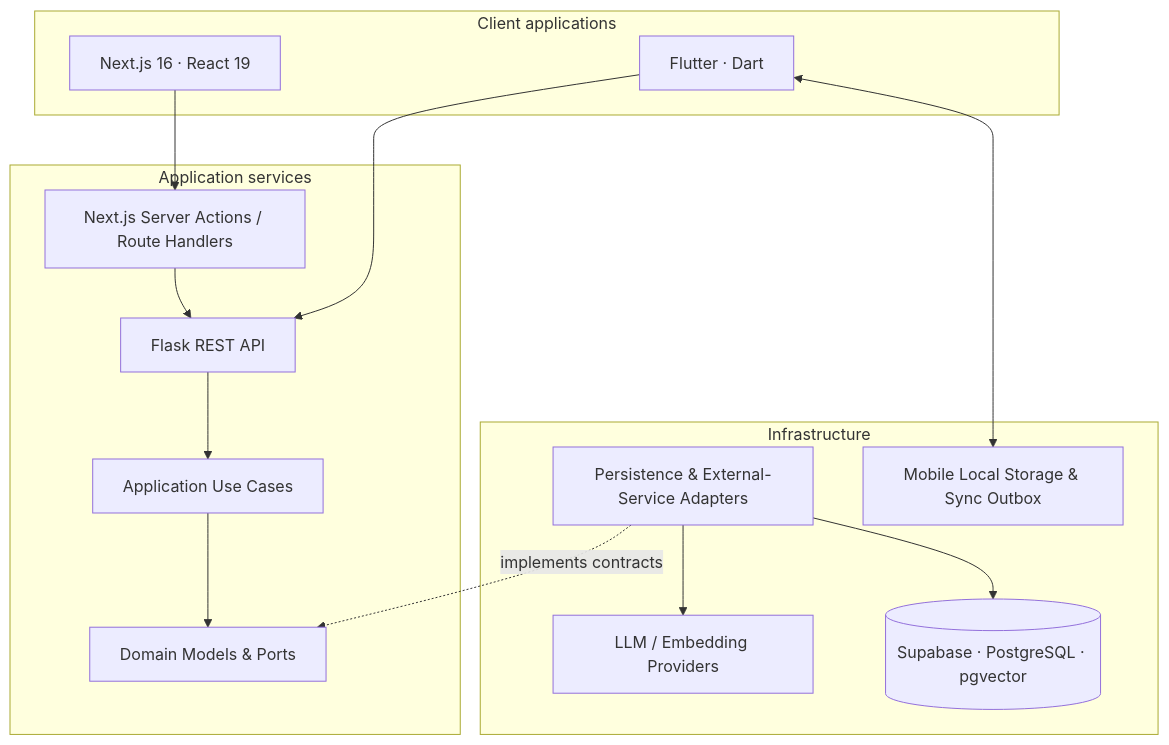
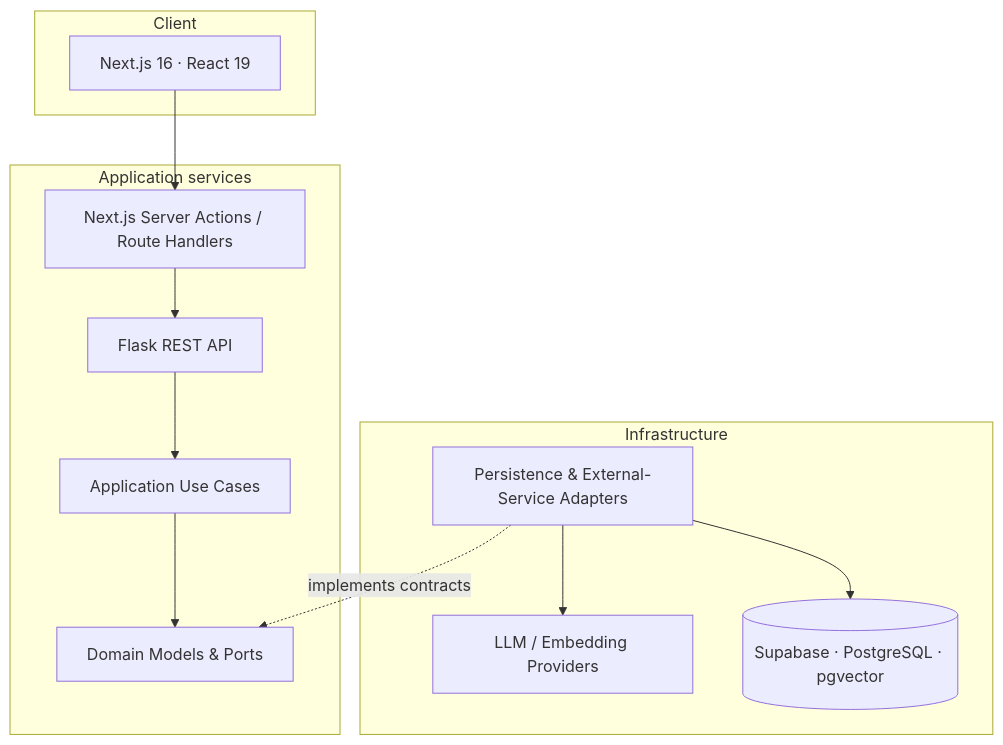
The diagram in README.md (akifkeklik/book-ai-app), drawn with Mermaid before and after one commit. The commit also changed other lines of this file and 308 other files, not shown here.

First line of the commit message:
refactor!: make Libris web-only and remove learning paths and knowledge graph (#65)

```diff
--- a/README.md
+++ b/README.md
@@ -40,31 +48,27 @@
 ~~~mermaid
 flowchart TB
-    subgraph Clients["Client applications"]
+    subgraph Clients["Client"]
         WEB["Next.js 16 · React 19"]
-        MOBILE["Flutter · Dart"]
     end
 
     subgraph Services["Application services"]
         WEB_ACTIONS["Next.js Server Actions / Route Handlers"]
         API["Flask REST API"]
         USECASES["Application Use Cases"]
         DOMAIN["Domain Models & Ports"]
     end
 
     subgraph Infrastructure["Infrastructure"]
         ADAPTERS["Persistence & External-Service Adapters"]
         AI["LLM / Embedding Providers"]
         DB[("Supabase · PostgreSQL · pgvector")]
-        LOCAL["Mobile Local Storage & Sync Outbox"]
     end
 
     WEB --> WEB_ACTIONS
     WEB_ACTIONS --> API
-    MOBILE --> API
-    MOBILE <--> LOCAL
     API --> USECASES
     USECASES --> DOMAIN
     ADAPTERS -. implements contracts .-> DOMAIN
     ADAPTERS --> DB
     ADAPTERS --> AI
 ~~~
```
